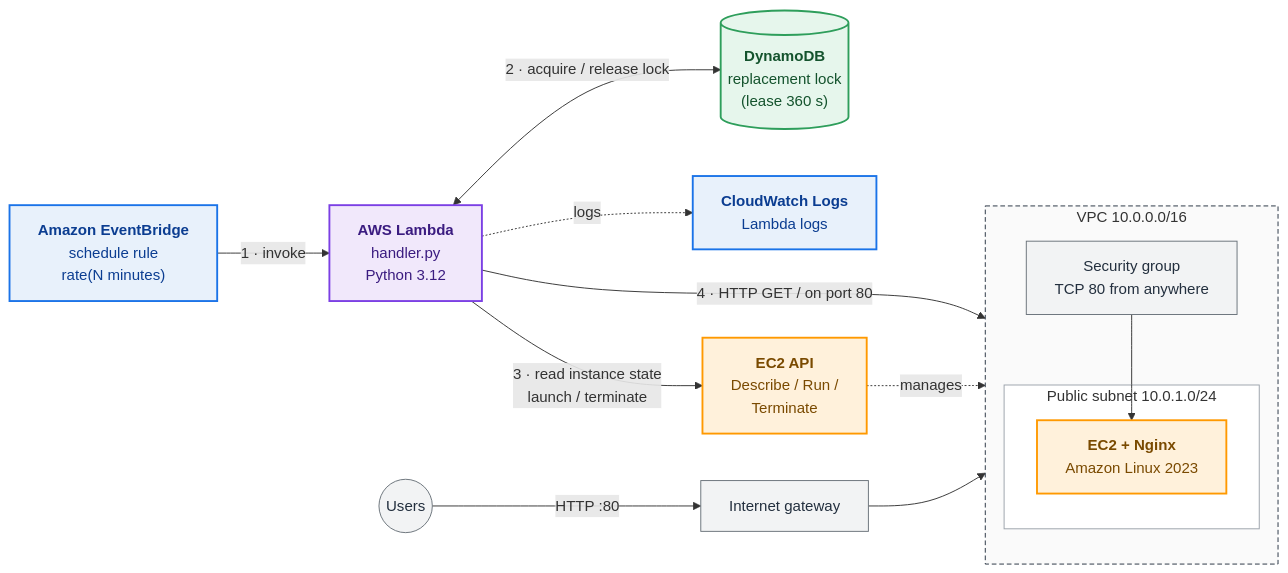
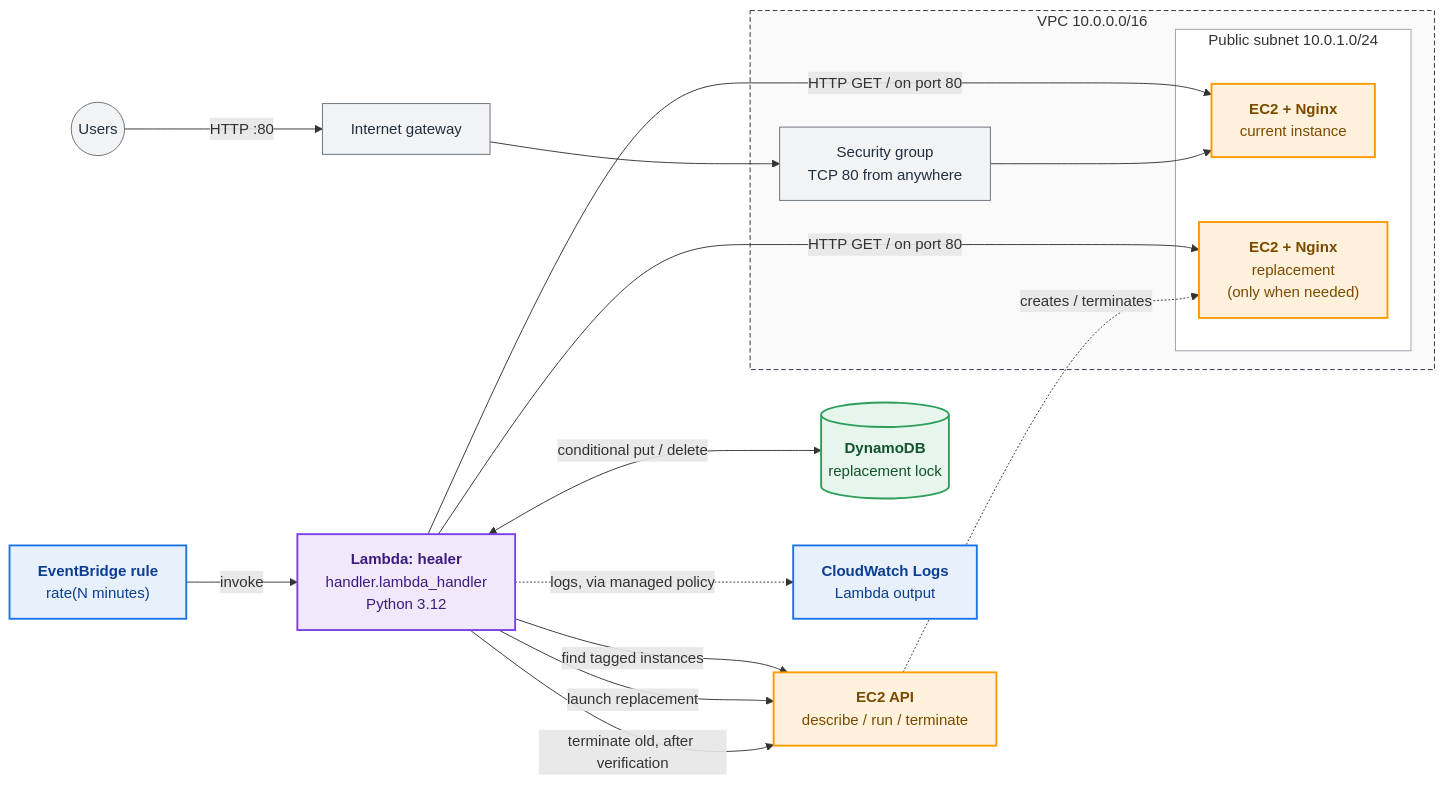
One commit to sabo1166/Automated-EC2-health-monitoring-and-recovery-using-AWS-Lambda-EventBridge-Terraform-and-Python. changed the first of 2 diagrams in README.md. Above: the diagram before and after it, drawn with Mermaid. The commit also changed other lines of this file, not shown here.

````diff
--- a/README.md
+++ b/README.md
@@ -58,35 +43,37 @@
 ```mermaid
 flowchart LR
-    EB["<b>Amazon EventBridge</b><br/>schedule rule<br/>rate(N minutes)"]:::eventbridge
-    L["<b>AWS Lambda</b><br/>handler.py<br/>Python 3.12"]:::lambda
-    DDB[("<b>DynamoDB</b><br/>replacement lock<br/>(lease 360 s)")]:::lock
-    CW["<b>CloudWatch Logs</b><br/>Lambda logs"]:::eventbridge
-    API["<b>EC2 API</b><br/>Describe / Run /<br/>Terminate"]:::ec2
+    EB["<b>EventBridge rule</b><br/>rate(N minutes)"]:::eb
+    LAM["<b>Lambda: healer</b><br/>handler.lambda_handler<br/>Python 3.12"]:::lam
+    DDB[("<b>DynamoDB</b><br/>replacement lock")]:::lock
+    CWL["<b>CloudWatch Logs</b><br/>Lambda output"]:::eb
+    API["<b>EC2 API</b><br/>describe / run / terminate"]:::ec2
 
     subgraph VPC["VPC 10.0.0.0/16"]
-        direction TB
         subgraph SUB["Public subnet 10.0.1.0/24"]
-            WEB["<b>EC2 + Nginx</b><br/>Amazon Linux 2023"]:::ec2
+            OLD["<b>EC2 + Nginx</b><br/>current instance"]:::ec2
+            NEW["<b>EC2 + Nginx</b><br/>replacement<br/>(only when needed)"]:::ec2
         end
         SG["Security group<br/>TCP 80 from anywhere"]:::neutral
     end
-
     IGW["Internet gateway"]:::neutral
     USER(("Users")):::neutral
 
-    EB -->|"1 · invoke"| L
-    L <-->|"2 · acquire / release lock"| DDB
-    L -->|"3 · read instance state<br/>launch / terminate"| API
-    L -->|"4 · HTTP GET / on port 80"| WEB
-    L -.->|"logs"| CW
-    API -.->|"manages"| WEB
-    USER -->|"HTTP :80"| IGW --> SG --> WEB
+    EB -->|"invoke"| LAM
+    LAM <-->|"conditional put / delete"| DDB
+    LAM -->|"find tagged instances"| API
+    LAM -->|"HTTP GET / on port 80"| OLD
+    LAM -->|"launch replacement"| API
+    LAM -->|"HTTP GET / on port 80"| NEW
+    LAM -->|"terminate old, after verification"| API
+    LAM -.->|"logs, via managed policy"| CWL
+    API -.->|"creates / terminates"| NEW
+    USER -->|"HTTP :80"| IGW --> SG --> OLD
 
-    classDef eventbridge fill:#E8F1FB,stroke:#1A73E8,color:#0B3D91,stroke-width:2px
-    classDef lambda fill:#F1E8FB,stroke:#7B3FE4,color:#3B1C80,stroke-width:2px
+    classDef eb fill:#E8F1FB,stroke:#1A73E8,color:#0B3D91,stroke-width:2px
+    classDef lam fill:#F1E8FB,stroke:#7B3FE4,color:#3B1C80,stroke-width:2px
     classDef ec2 fill:#FFF1DB,stroke:#FF9900,color:#7A4A00,stroke-width:2px
     classDef lock fill:#E6F6EC,stroke:#2E9E5B,color:#14532D,stroke-width:2px
     classDef neutral fill:#F2F3F4,stroke:#687078,color:#232F3E
     style VPC fill:#FAFAFA,stroke:#232F3E,stroke-dasharray: 5 3
     style SUB fill:#FFFFFF,stroke:#9AA1A9
 ```
````
